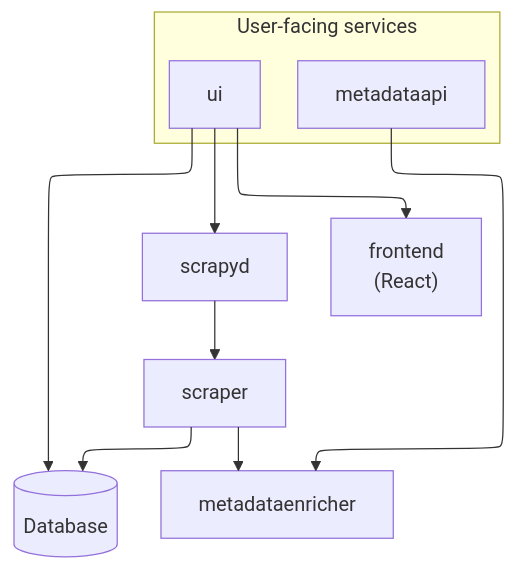
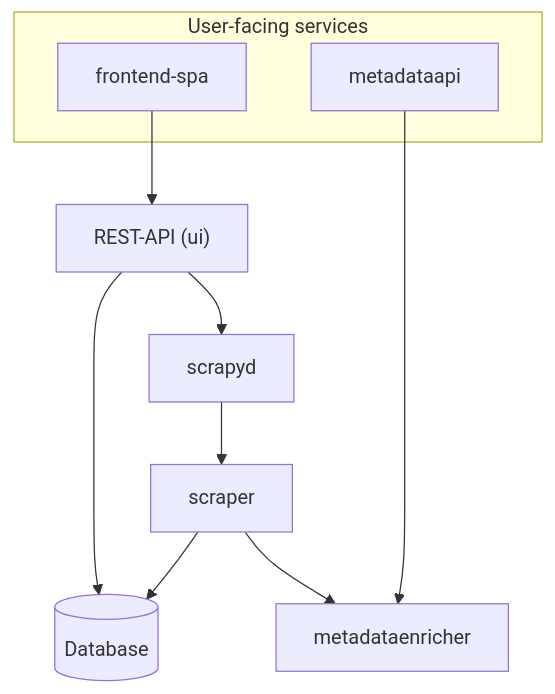
Before and after one commit to jdmansour/gen-crawler-ui: the diagram in README.md, drawn with Mermaid. The commit also changed other lines of this file and 1 other file, not shown here.

````diff
--- a/README.md
+++ b/README.md
@@ -15,21 +15,20 @@
 ```mermaid
 ---
 config:
   markdownAutoWrap: false
 ---
-%%{init: {"flowchart": {"defaultRenderer": "elk"}} }%%
 flowchart TB
 
 subgraph "User-facing services"
-    ui
+    frontend-spa
     metadataapi
 end
+frontend-spa --> ui["REST-API (ui)"]
 ui --> scrapyd
 ui --> database
-ui --> frontend["frontend<br>(React)"]
 metadataapi --> metadataenricher
 scrapyd --> scraper
 scraper[scraper] --> metadataenricher
 scraper --> database[(Database)]
 
 ```
````
